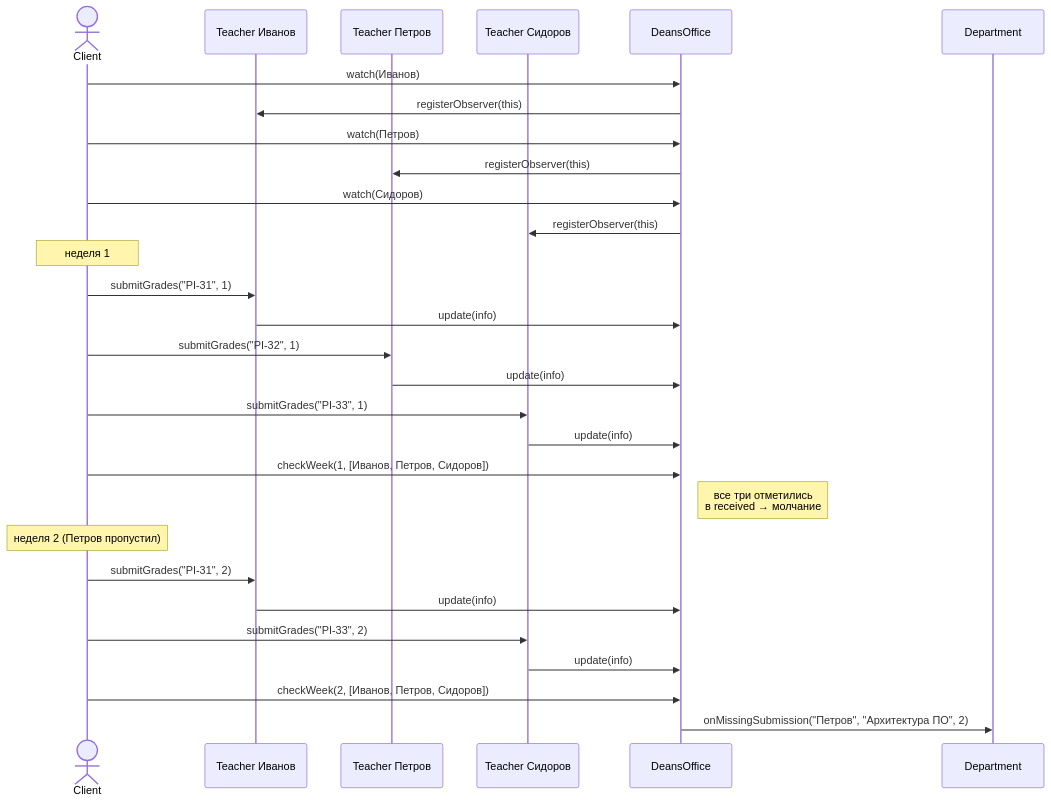
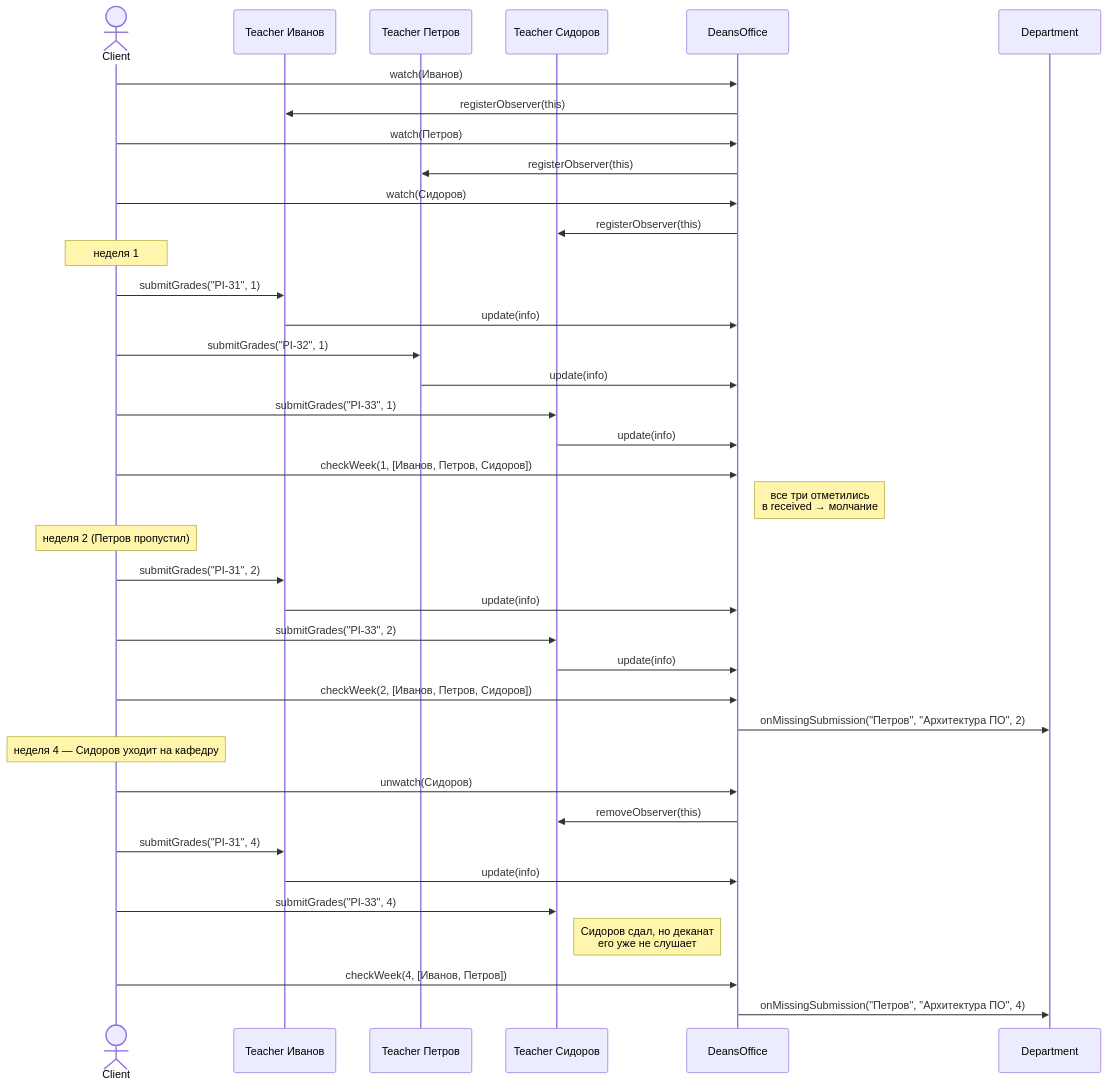
The second of 2 diagrams in software-architecture/lab-6/README.md (ivan-aleschin/uni), drawn with Mermaid before and after one commit. The commit also changed other lines of this file and 3 other files, not shown here.

````diff
--- a/software-architecture/lab-6/README.md
+++ b/software-architecture/lab-6/README.md
@@ -111,34 +112,44 @@
 ```mermaid
 sequenceDiagram
     actor Main as Client
     participant T1 as Teacher Иванов
     participant T2 as Teacher Петров
     participant T3 as Teacher Сидоров
     participant D as DeansOffice
     participant Dept as Department
 
     Main->>D: watch(Иванов)
     D->>T1: registerObserver(this)
     Main->>D: watch(Петров)
     D->>T2: registerObserver(this)
     Main->>D: watch(Сидоров)
     D->>T3: registerObserver(this)
 
     Note over Main: неделя 1
     Main->>T1: submitGrades("PI-31", 1)
     T1->>D: update(info)
     Main->>T2: submitGrades("PI-32", 1)
     T2->>D: update(info)
     Main->>T3: submitGrades("PI-33", 1)
     T3->>D: update(info)
     Main->>D: checkWeek(1, [Иванов, Петров, Сидоров])
     Note right of D: все три отметились<br/>в received → молчание
 
     Note over Main: неделя 2 (Петров пропустил)
     Main->>T1: submitGrades("PI-31", 2)
     T1->>D: update(info)
     Main->>T3: submitGrades("PI-33", 2)
     T3->>D: update(info)
     Main->>D: checkWeek(2, [Иванов, Петров, Сидоров])
     D->>Dept: onMissingSubmission("Петров", "Архитектура ПО", 2)
+
+    Note over Main: неделя 4 — Сидоров уходит на кафедру
+    Main->>D: unwatch(Сидоров)
+    D->>T3: removeObserver(this)
+    Main->>T1: submitGrades("PI-31", 4)
+    T1->>D: update(info)
+    Main->>T3: submitGrades("PI-33", 4)
+    Note right of T3: Сидоров сдал, но деканат<br/>его уже не слушает
+    Main->>D: checkWeek(4, [Иванов, Петров])
+    D->>Dept: onMissingSubmission("Петров", "Архитектура ПО", 4)
 ```
````
